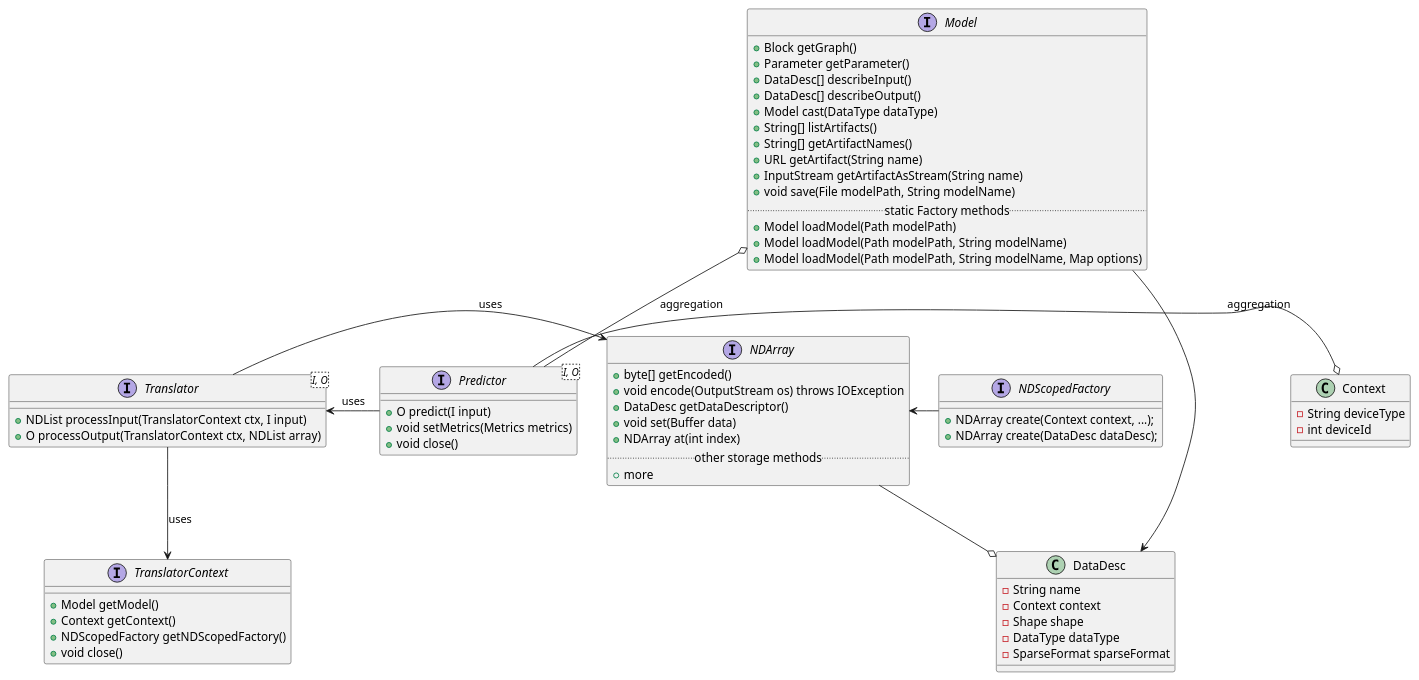
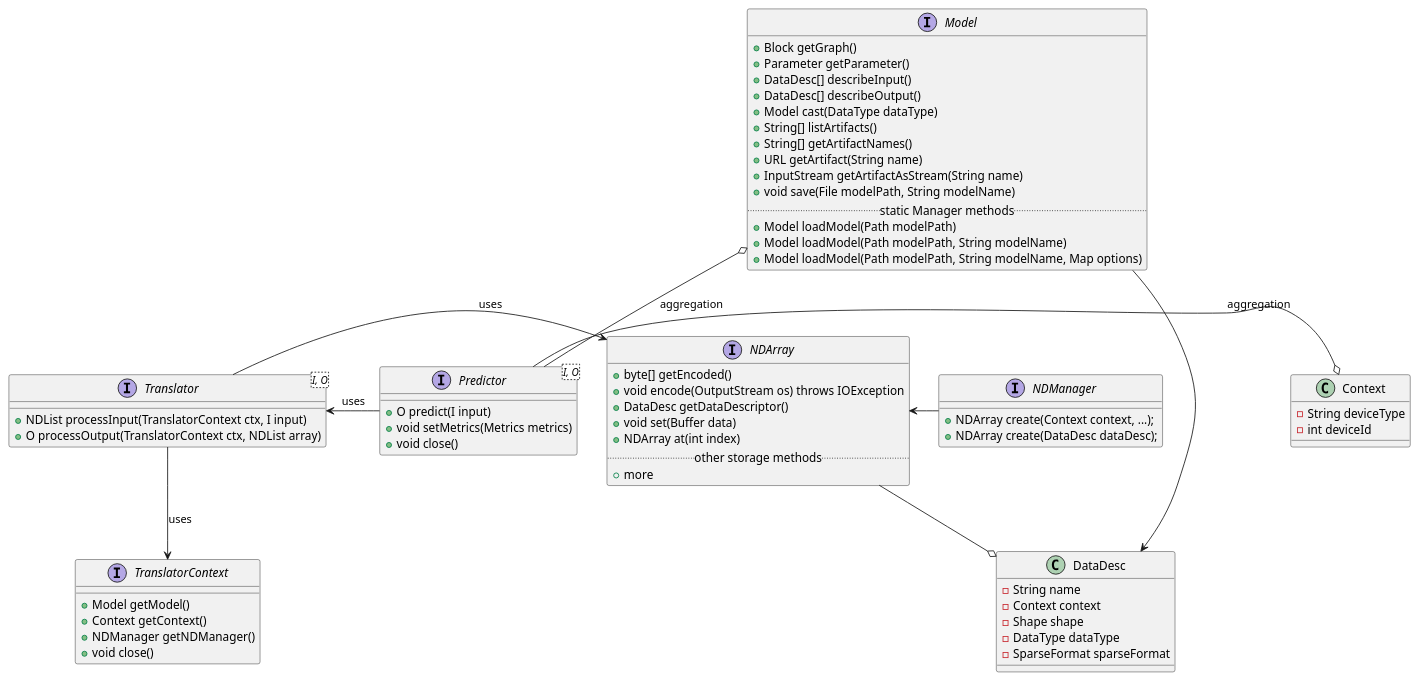
Before and after one commit to deepjavalibrary/djl: the diagram in api/src/main/uml/Inference.puml, drawn with PlantUML. The commit also changed 34 other files, not shown here.

Commit message:
Rename NDScopedFactory to NDManager

```diff
--- a/api/src/main/uml/Inference.puml
+++ b/api/src/main/uml/Inference.puml
@@ -1,74 +1,74 @@
 @startuml
 class Context {
 	-String deviceType
 	-int deviceId
 }
 
 class DataDesc {
 	-String name
 	-Context context
 	-Shape shape
 	-DataType dataType
 	-SparseFormat sparseFormat
 }
 
 interface Model {
     +Block getGraph()
     +Parameter getParameter()
     +DataDesc[] describeInput()
     +DataDesc[] describeOutput()
     +Model cast(DataType dataType)
     +String[] listArtifacts()
     +String[] getArtifactNames()
     +URL getArtifact(String name)
     +InputStream getArtifactAsStream(String name)
     +void save(File modelPath, String modelName)
-	.. static Factory methods ..
+	.. static Manager methods ..
     +Model loadModel(Path modelPath)
     +Model loadModel(Path modelPath, String modelName)
     +Model loadModel(Path modelPath, String modelName, Map options)
 }
 
 interface Translator<I, O> {
     +NDList processInput(TranslatorContext ctx, I input)
     +O processOutput(TranslatorContext ctx, NDList array)
 }
 
 interface Predictor<I, O> {
     +O predict(I input)
     +void setMetrics(Metrics metrics)
     +void close()
 }
 
 interface TranslatorContext {
     +Model getModel()
     +Context getContext()
-    +NDScopedFactory getNDScopedFactory()
+    +NDManager getNDManager()
     +void close()
 }
 
-interface NDScopedFactory {
+interface NDManager {
     +NDArray create(Context context, ...);
     +NDArray create(DataDesc dataDesc);
 }
 
 interface NDArray {
     +byte[] getEncoded()
     +void encode(OutputStream os) throws IOException
     +DataDesc getDataDescriptor()
     +void set(Buffer data)
     +NDArray at(int index)
 	.. other storage methods ..
     +more
 }
 
 Model -right-> DataDesc
 Model o-down- Predictor : aggregation
 Predictor -right-o Context : aggregation
 Predictor -right-> Translator : uses
 Translator -right-> NDArray : uses
 Translator --> TranslatorContext : uses
-NDScopedFactory -left-> NDArray
+NDManager -left-> NDArray
 NDArray -down-o DataDesc
 
 @enduml
```
